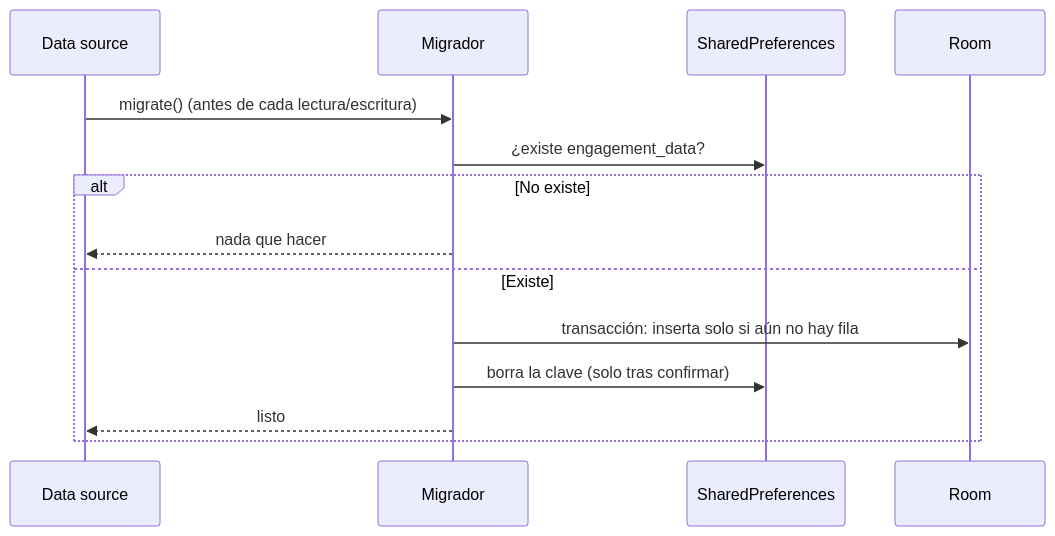
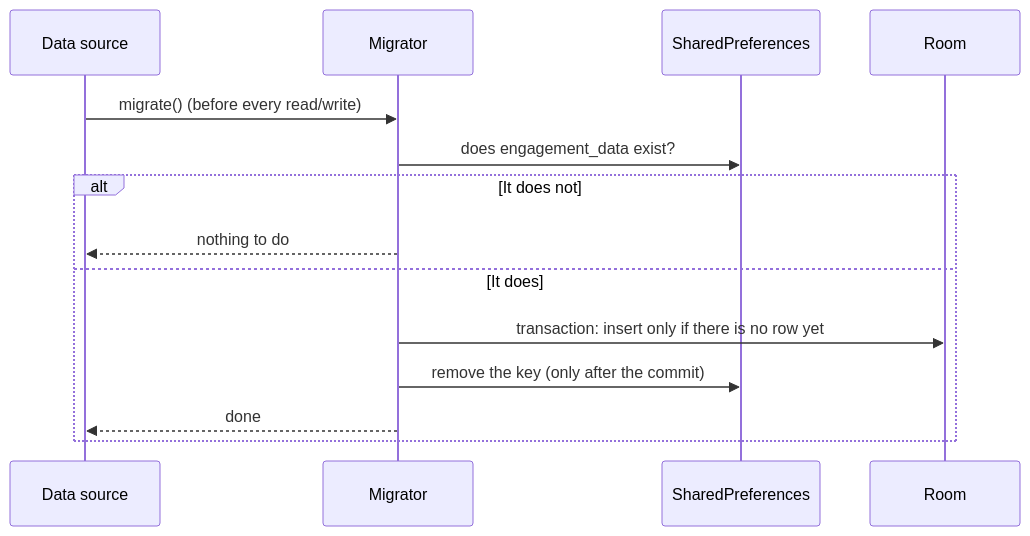
Before and after one commit to raxden/android-platform: the fifth of 5 diagrams in platform/engagement/README.md, drawn with Mermaid. The commit also changed other lines of this file, not shown here.

Commit message:
Translate the engagement module guide to English

````diff
--- a/platform/engagement/README.md
+++ b/platform/engagement/README.md
@@ -203,16 +203,16 @@
 ```mermaid
 sequenceDiagram
     participant DS as Data source
-    participant M as Migrador
+    participant M as Migrator
     participant SP as SharedPreferences
     participant DB as Room
-    DS->>M: migrate() (antes de cada lectura/escritura)
-    M->>SP: ¿existe engagement_data?
-    alt No existe
-        M-->>DS: nada que hacer
-    else Existe
-        M->>DB: transacción: inserta solo si aún no hay fila
-        M->>SP: borra la clave (solo tras confirmar)
-        M-->>DS: listo
+    DS->>M: migrate() (before every read/write)
+    M->>SP: does engagement_data exist?
+    alt It does not
+        M-->>DS: nothing to do
+    else It does
+        M->>DB: transaction: insert only if there is no row yet
+        M->>SP: remove the key (only after the commit)
+        M-->>DS: done
     end
 ```
````
